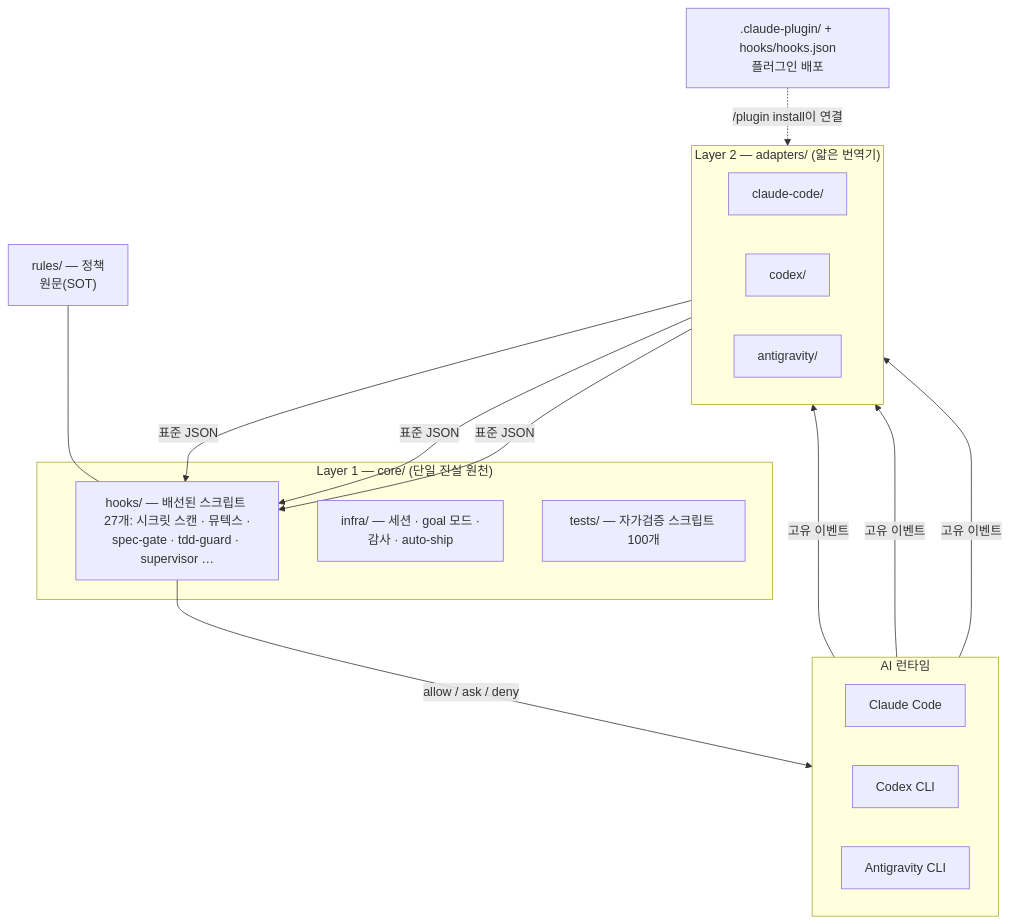
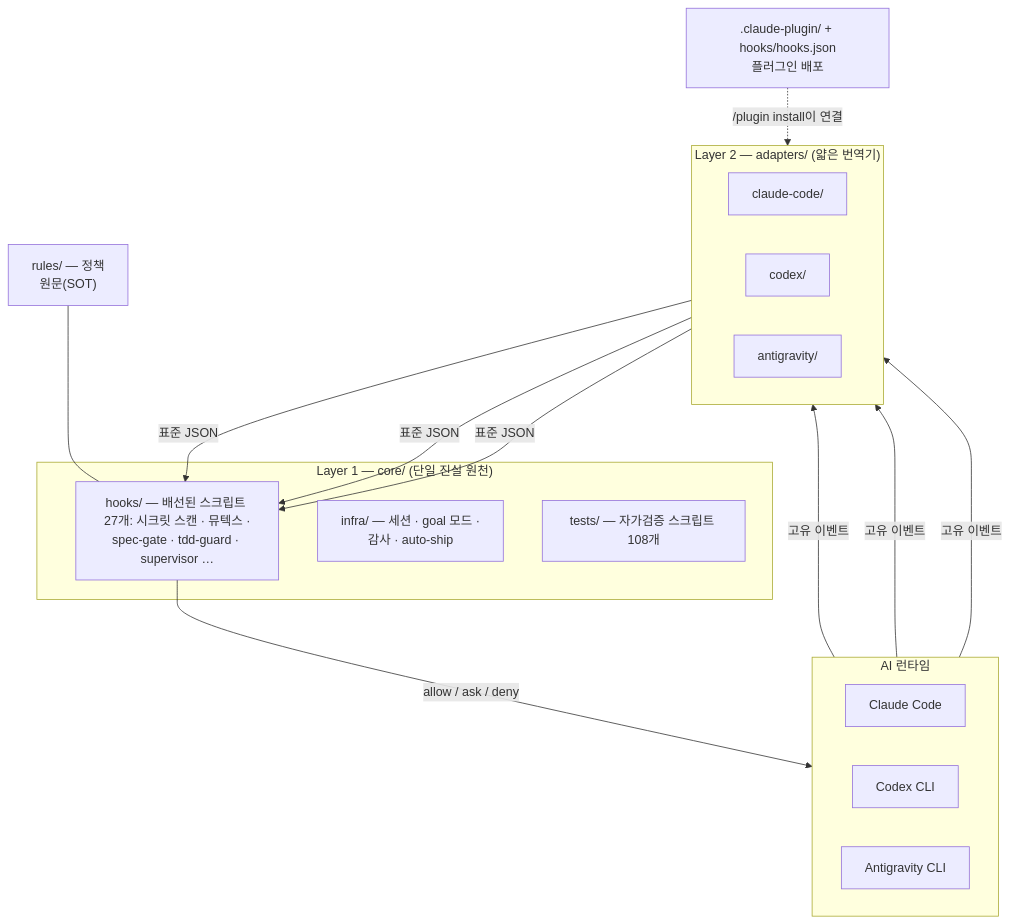
One commit to joymin5655/Agent changed the second of 5 diagrams in README.ko.md. Above: the diagram before and after it, drawn with Mermaid. The commit also changed other lines of this file and 9 other files, not shown here.

````diff
--- a/README.ko.md
+++ b/README.ko.md
@@ -283,32 +283,32 @@
 ```mermaid
 flowchart TB
     subgraph RT["AI 런타임"]
         direction LR
         CC["Claude Code"]
         CX["Codex CLI"]
         GM["Antigravity CLI"]
     end
     subgraph AD["Layer 2 — adapters/ (얇은 번역기)"]
         direction LR
         A1["claude-code/"]
         A2["codex/"]
         A3["antigravity/"]
     end
     subgraph CORE["Layer 1 — core/ (단일 진실 원천)"]
         H["hooks/ — 배선된 스크립트 27개: 시크릿 스캔 · 뮤텍스 ·<br/>spec-gate · tdd-guard · supervisor …"]
         I["infra/ — 세션 · goal 모드 ·<br/>감사 · auto-ship"]
-        T["tests/ — 자가검증 스크립트 100개"]
+        T["tests/ — 자가검증 스크립트 108개"]
     end
     R["rules/ — 정책<br/>원문(SOT)"]
     PLUG[".claude-plugin/ + hooks/hooks.json<br/>플러그인 배포"]
 
     CC -->|고유 이벤트| A1
     CX -->|고유 이벤트| A2
     GM -->|고유 이벤트| A3
     A1 -->|표준 JSON| H
     A2 -->|표준 JSON| H
     A3 -->|표준 JSON| H
     H -->|"allow / ask / deny"| RT
     R --- H
     PLUG -. "/plugin install이 연결" .-> A1
 ```
````
